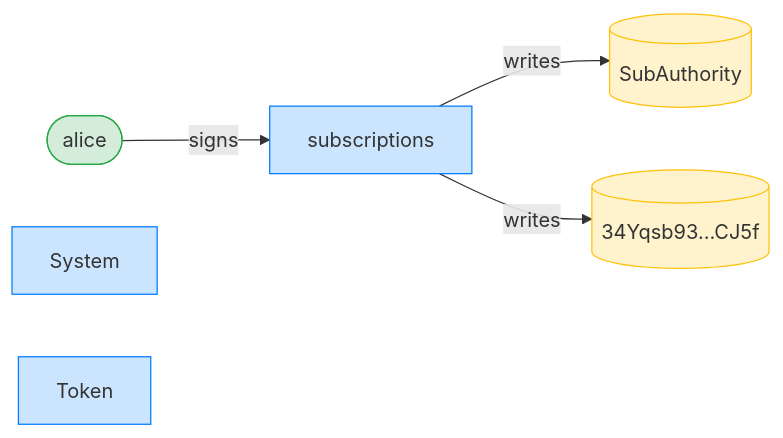
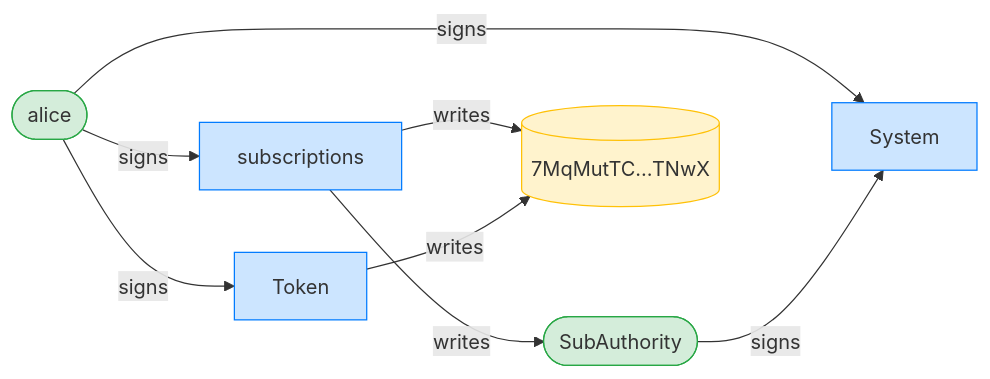
One commit to cds-rs/subscriptions changed the third of 20 diagrams in dsl_tests/a-subscriber-revoke-routes-rent-to-the-sponsor.md. Above: the diagram before and after it, drawn with Mermaid. The commit also changed other lines of this file and 224 other files, not shown here.

````diff
--- a/dsl_tests/a-subscriber-revoke-routes-rent-to-the-sponsor.md
+++ b/dsl_tests/a-subscriber-revoke-routes-rent-to-the-sponsor.md
@@ -55,15 +56,19 @@
 ```mermaid
 flowchart LR
     classDef signer fill:#d4edda,stroke:#28a745;
     classDef program fill:#cce5ff,stroke:#007bff;
     classDef writable fill:#fff3cd,stroke:#ffc107;
     subscriptions[subscriptions]:::program
     alice([alice]):::signer
-    SubAuthority[(SubAuthority)]:::writable
-    34Yqsb93_CJ5f[("34Yqsb93…CJ5f")]:::writable
+    SubAuthority([SubAuthority]):::signer
+    7MqMutTC_TNwX[("7MqMutTC…TNwX")]:::writable
     System[System]:::program
     Token[Token]:::program
     alice -->|signs| subscriptions
+    alice -->|signs| System
+    SubAuthority -->|signs| System
+    alice -->|signs| Token
     subscriptions -->|writes| SubAuthority
-    subscriptions -->|writes| 34Yqsb93_CJ5f
+    subscriptions -->|writes| 7MqMutTC_TNwX
+    Token -->|writes| 7MqMutTC_TNwX
 ```
````
